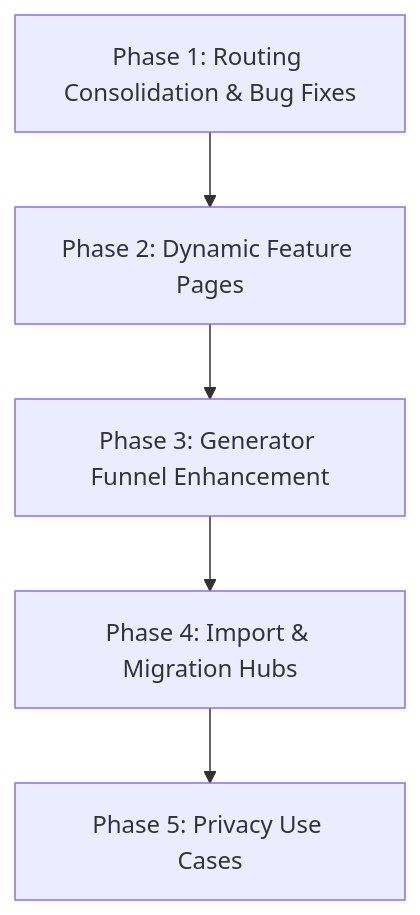
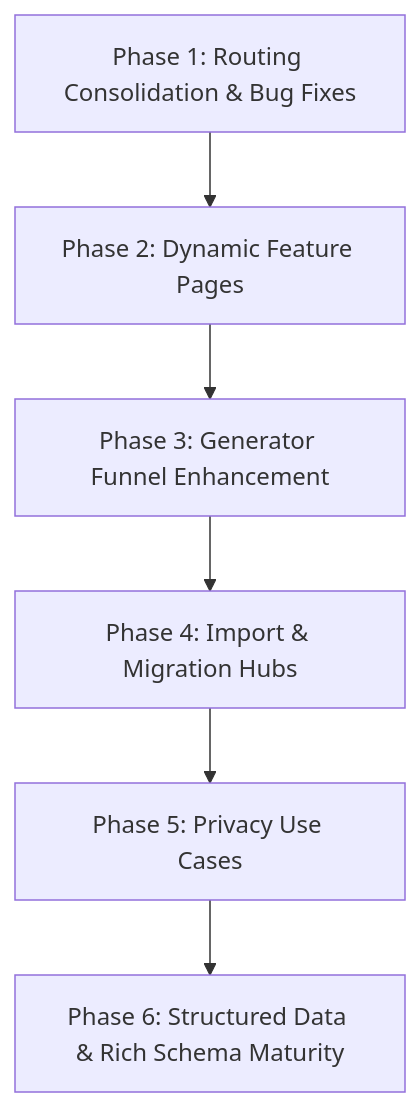
Before and after one commit to eserlan/Codex-Cryptica: the diagram in docs/seo/seo-implementation-plan.md, drawn with Mermaid. The commit also changed other lines of this file, not shown here.

Commit message:
📝 docs: add Phase 6 Structured Data & Schema tasks to implementation plan

````diff
--- a/docs/seo/seo-implementation-plan.md
+++ b/docs/seo/seo-implementation-plan.md
@@ -36,7 +36,8 @@
 ```mermaid
 graph TD
     P1[Phase 1: Routing Consolidation & Bug Fixes] --> P2[Phase 2: Dynamic Feature Pages]
     P2 --> P3[Phase 3: Generator Funnel Enhancement]
     P3 --> P4[Phase 4: Import & Migration Hubs]
     P4 --> P5[Phase 5: Privacy Use Cases]
+    P5 --> P6[Phase 6: Structured Data & Rich Schema Maturity]
 ```
````
